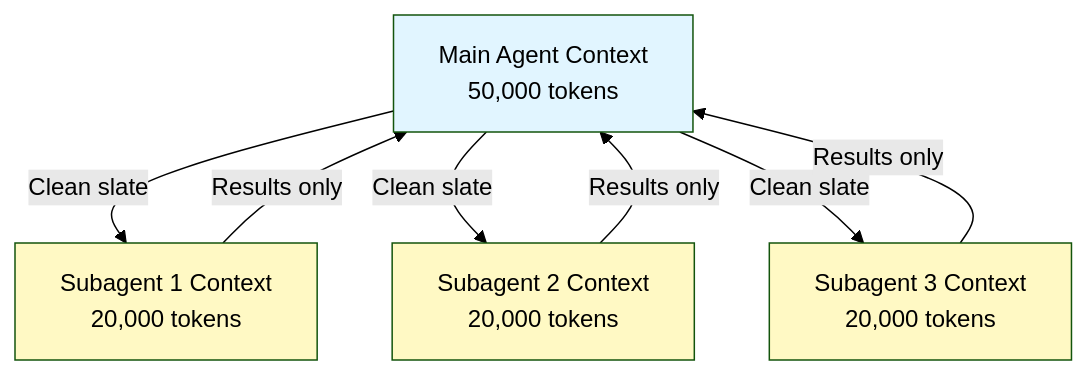
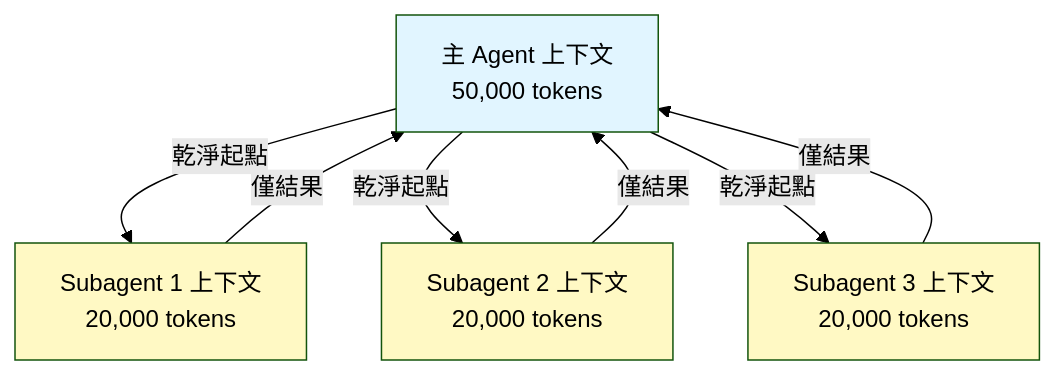
Before and after one commit to huckly/claude-howto-zh-tw: the seventh of 31 diagrams in claude_concepts_guide.md, drawn with Mermaid (forest theme). The commit also changed other lines of this file and 12 other files, not shown here.

````diff
--- a/claude_concepts_guide.md
+++ b/claude_concepts_guide.md
@@ -505,20 +505,20 @@
 ```mermaid
 graph TB
-    A["Main Agent Context<br/>50,000 tokens"]
-    B["Subagent 1 Context<br/>20,000 tokens"]
-    C["Subagent 2 Context<br/>20,000 tokens"]
-    D["Subagent 3 Context<br/>20,000 tokens"]
+    A["主 Agent 上下文<br/>50,000 tokens"]
+    B["Subagent 1 上下文<br/>20,000 tokens"]
+    C["Subagent 2 上下文<br/>20,000 tokens"]
+    D["Subagent 3 上下文<br/>20,000 tokens"]
 
-    A -->|Clean slate| B
-    A -->|Clean slate| C
-    A -->|Clean slate| D
+    A -->|乾淨起點| B
+    A -->|乾淨起點| C
+    A -->|乾淨起點| D
 
-    B -->|Results only| A
-    C -->|Results only| A
-    D -->|Results only| A
+    B -->|僅結果| A
+    C -->|僅結果| A
+    D -->|僅結果| A
 
     style A fill:#e1f5ff
     style B fill:#fff9c4
     style C fill:#fff9c4
     style D fill:#fff9c4
 ```
````
